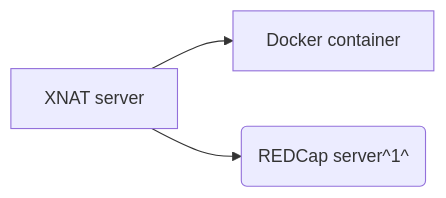
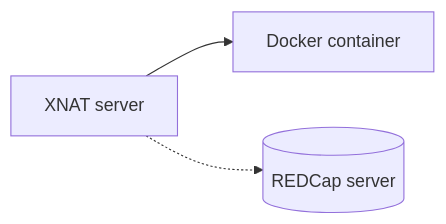
Before and after one commit to SimonClifford/ai-present: the second of 3 diagrams in presentation.qmd, drawn with Mermaid. The commit also changed other lines of this file, not shown here.

Commit message:
Improves Mermaid diagrams

````diff
--- a/presentation.qmd
+++ b/presentation.qmd
@@ -78,7 +78,7 @@
 ```{mermaid}
 %%| fig-width: 1000.0px
 %%| fig-height: 400.0px
 graph LR
 A[XNAT server] --> B[Docker container]
-A --> C(REDCap server^1^)
+A -.-> C[(REDCap server)]
 ```
````
